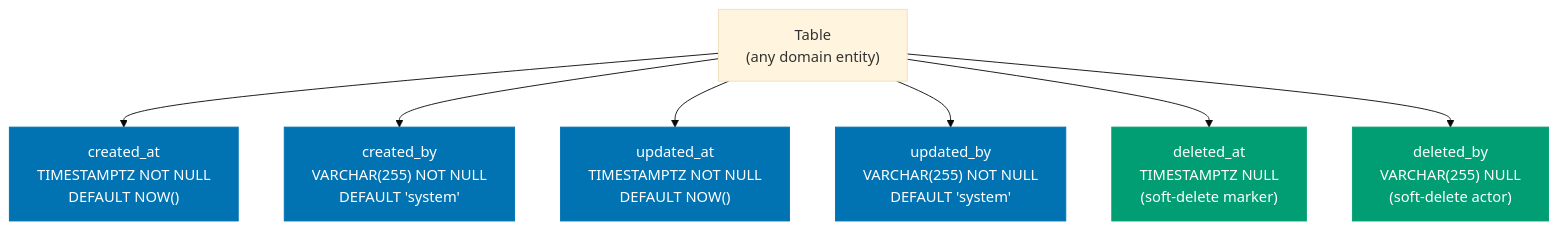
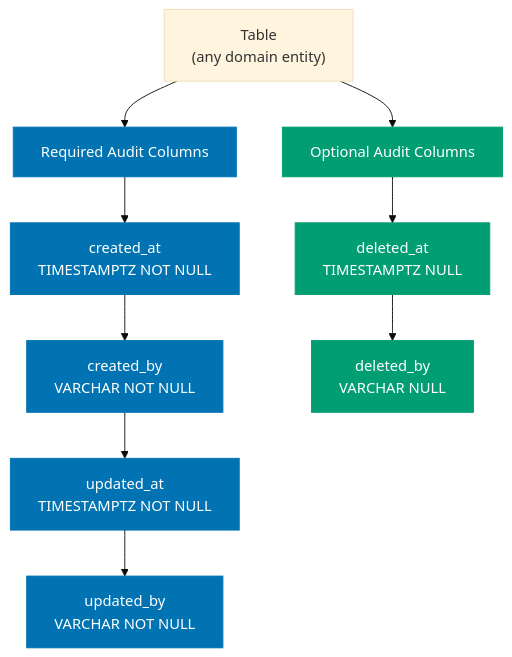
Before and after one commit to wahidyankf/open-sharia-enterprise: the diagram in governance/development/pattern/database-audit-trail.md, drawn with Mermaid (base theme). The commit also changed 15 other files, not shown here.

First line of the commit message:
fix(governance): fix pre-existing mermaid diagram violations in governance docs

````diff
--- a/governance/development/pattern/database-audit-trail.md
+++ b/governance/development/pattern/database-audit-trail.md
@@ -45,23 +45,19 @@
 ```mermaid
 graph TD
-    T["Table<br/>(any domain entity)"]
-    C1["created_at<br/>TIMESTAMPTZ NOT NULL<br/>DEFAULT NOW()"]
-    C2["created_by<br/>VARCHAR(255) NOT NULL<br/>DEFAULT 'system'"]
-    C3["updated_at<br/>TIMESTAMPTZ NOT NULL<br/>DEFAULT NOW()"]
-    C4["updated_by<br/>VARCHAR(255) NOT NULL<br/>DEFAULT 'system'"]
-    C5["deleted_at<br/>TIMESTAMPTZ NULL<br/>(soft-delete marker)"]
-    C6["deleted_by<br/>VARCHAR(255) NULL<br/>(soft-delete actor)"]
+    T["Table<br/>(any domain entity)"] --> R[Required Audit Columns]
+    T --> O[Optional Audit Columns]
 
-    T --> C1
-    T --> C2
-    T --> C3
-    T --> C4
-    T --> C5
-    T --> C6
+    R --> C1["created_at<br/>TIMESTAMPTZ NOT NULL"]
+    C1 --> C2["created_by<br/>VARCHAR NOT NULL"]
+    C2 --> C3["updated_at<br/>TIMESTAMPTZ NOT NULL"]
+    C3 --> C4["updated_by<br/>VARCHAR NOT NULL"]
+
+    O --> C5["deleted_at<br/>TIMESTAMPTZ NULL"]
+    C5 --> C6["deleted_by<br/>VARCHAR NULL"]
 
     classDef required fill:#0173B2,color:#ffffff,stroke:#0173B2
     classDef optional fill:#029E73,color:#ffffff,stroke:#029E73
 
-    class C1,C2,C3,C4 required
-    class C5,C6 optional
+    class R,C1,C2,C3,C4 required
+    class O,C5,C6 optional
 ```
````
